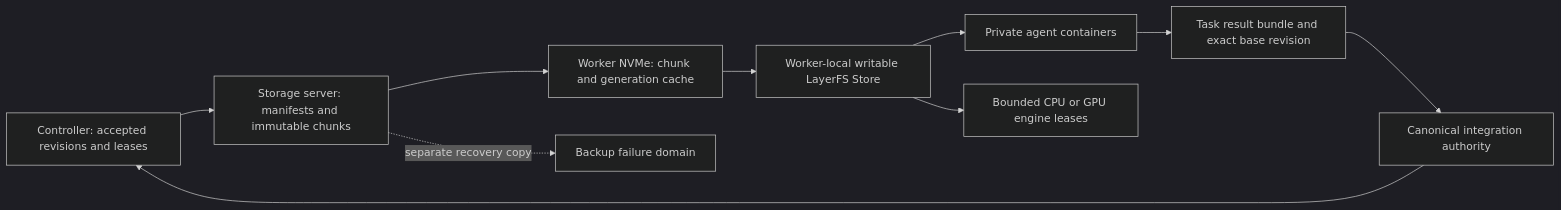
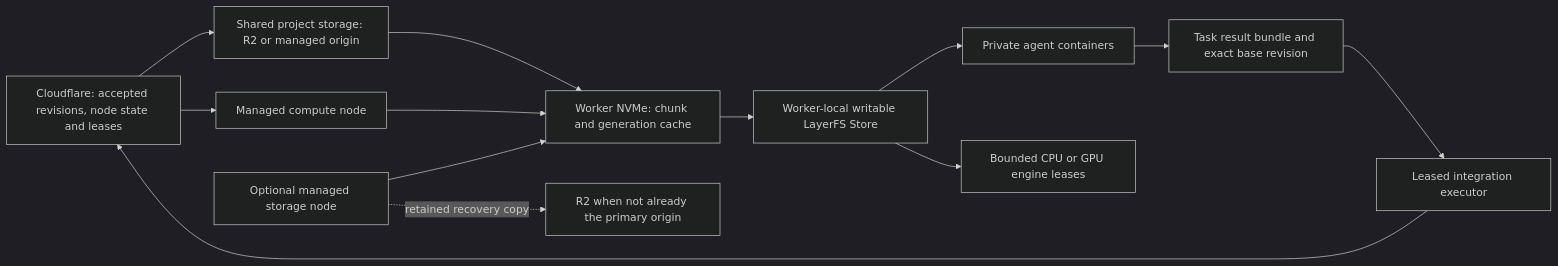
Before and after one commit to coop-collective/enginebox: the diagram in docs/STORE-DISTRIBUTION.md, drawn with Mermaid (dark theme). The commit also changed other lines of this file and 4 other files, not shown here.

Commit message:
Require Cloudflare fleet authority and make storage nodes optional

````diff
--- a/docs/STORE-DISTRIBUTION.md
+++ b/docs/STORE-DISTRIBUTION.md
@@ -35,12 +59,15 @@
 ```mermaid
 flowchart LR
-    Catalog[Controller: accepted revisions and leases] --> Storage[Storage server: manifests and immutable chunks]
-    Storage --> Cache[Worker NVMe: chunk and generation cache]
+    Catalog[Cloudflare: accepted revisions, node state and leases] --> Shared[Shared project storage: R2 or managed origin]
+    Catalog --> Worker[Managed compute node]
+    Shared --> Cache[Worker NVMe: chunk and generation cache]
+    Origin[Optional managed storage node] --> Cache
+    Worker --> Cache
     Cache --> Local[Worker-local writable LayerFS Store]
     Local --> Agents[Private agent containers]
     Local --> Engine[Bounded CPU or GPU engine leases]
     Agents --> Results[Task result bundle and exact base revision]
-    Results --> Integrator[Canonical integration authority]
+    Results --> Integrator[Leased integration executor]
     Integrator --> Catalog
-    Storage -. separate recovery copy .-> Backup[Backup failure domain]
+    Origin -. retained recovery copy .-> R2[R2 when not already the primary origin]
 ```
````
